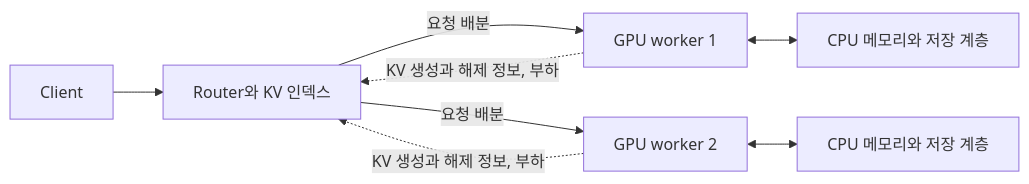
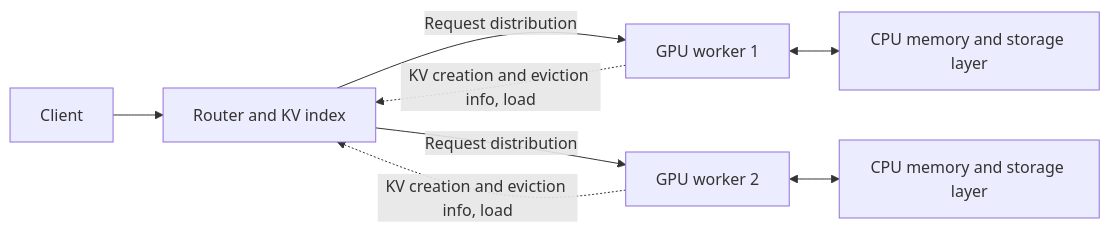
Before and after one commit to end-2/inference-engine-test: the diagram in docs/reports-transformers.md, drawn with Mermaid. The commit also changed other lines of this file and 130 other files, not shown here.

````diff
--- a/docs/reports-transformers.md
+++ b/docs/reports-transformers.md
@@ -227,10 +228,10 @@
 ```mermaid
 flowchart LR
-    C["Client"] --> R["Router와 KV 인덱스"]
-    R -->|"요청 배분"| W1["GPU worker 1"]
-    R -->|"요청 배분"| W2["GPU worker 2"]
-    W1 -.->|"KV 생성과 해제 정보, 부하"| R
-    W2 -.->|"KV 생성과 해제 정보, 부하"| R
-    W1 <--> H1["CPU 메모리와 저장 계층"]
-    W2 <--> H2["CPU 메모리와 저장 계층"]
+    C["Client"] --> R["Router and KV index"]
+    R -->|"Request distribution"| W1["GPU worker 1"]
+    R -->|"Request distribution"| W2["GPU worker 2"]
+    W1 -.->|"KV creation and eviction info, load"| R
+    W2 -.->|"KV creation and eviction info, load"| R
+    W1 <--> H1["CPU memory and storage layer"]
+    W2 <--> H2["CPU memory and storage layer"]
 ```
````
